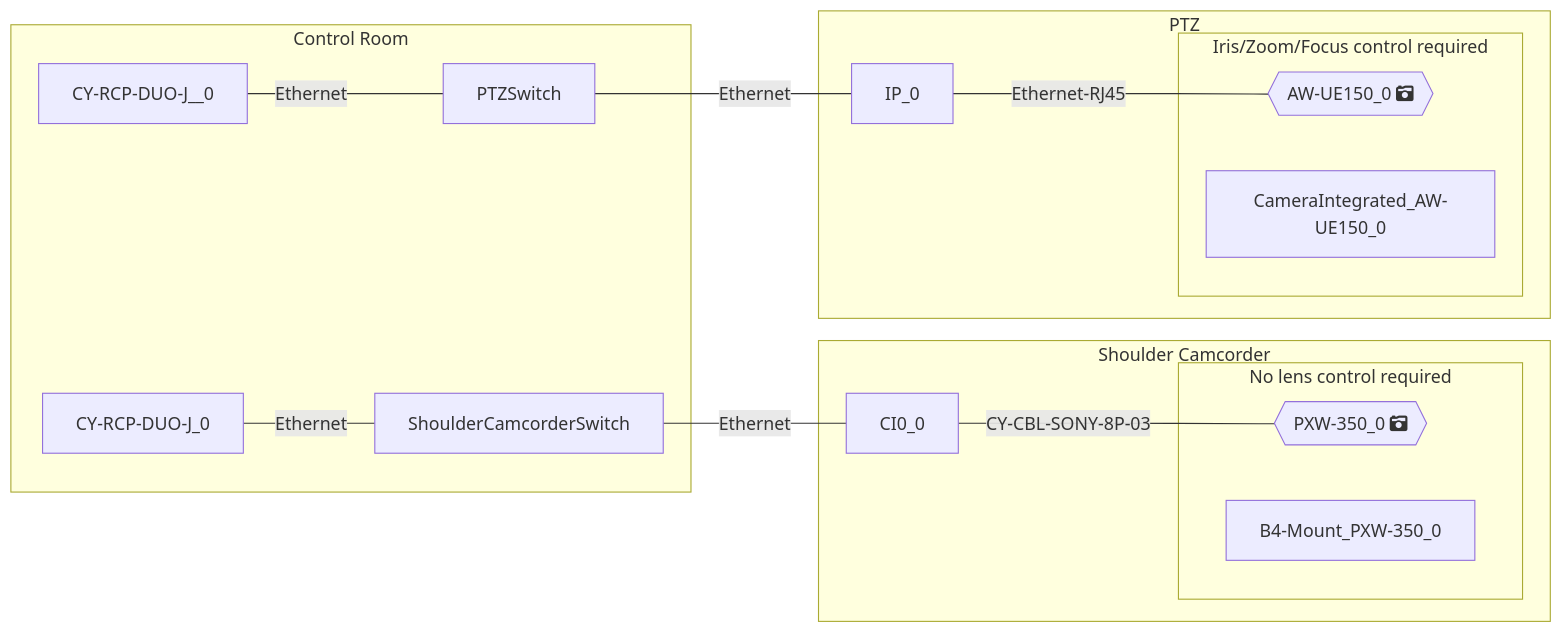
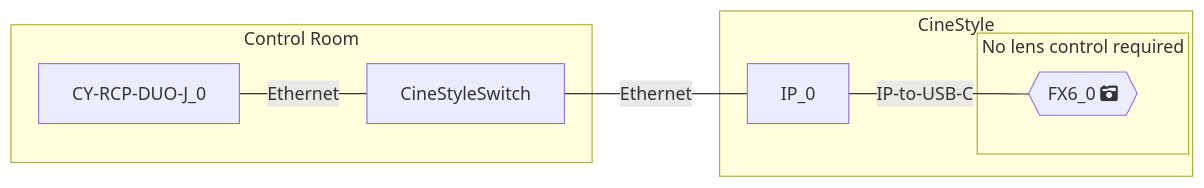
One commit to Rascarquapac/UIevaluation changed the diagram in debug/mermaid_code.md. Above: the diagram before and after it, drawn with Mermaid. The commit also changed 15 other files, not shown here.

```diff
--- a/debug/mermaid_code.md
+++ b/debug/mermaid_code.md
@@ -1,24 +1,14 @@
 :::mermaid
 graph RL
-subgraph PTZ
-AW-UE150_0{{"AW-UE150_0 fa:fa-camera-retro"}}---|Ethernet-RJ45|IP_0
-  subgraph AW-UE150_0_cameralens [Iris/Zoom/Focus control required]
-    AW-UE150_0
-    CameraIntegrated_AW-UE150_0
-  end
-end
-subgraph Shoulder Camcorder
-PXW-350_0{{"PXW-350_0 fa:fa-camera-retro"}}---|CY-CBL-SONY-8P-03|CI0_0
-  subgraph PXW-350_0_cameralens [No lens control required]
-    PXW-350_0
-    B4-Mount_PXW-350_0
+subgraph CineStyle
+FX6_0{{"FX6_0 fa:fa-camera-retro"}}---|IP-to-USB-C|IP_0
+  subgraph FX6_0_cameralens [No lens control required]
+    FX6_0
   end
 end
 subgraph "Control Room" 
-IP_0 --- |Ethernet|PTZSwitch
-CI0_0 --- |Ethernet|ShoulderCamcorderSwitch
-PTZSwitch --- |Ethernet|CY-RCP-DUO-J__0
-ShoulderCamcorderSwitch --- |Ethernet|CY-RCP-DUO-J_0
+IP_0 --- |Ethernet|CineStyleSwitch
+CineStyleSwitch --- |Ethernet|CY-RCP-DUO-J_0
 end
 
 :::
```
